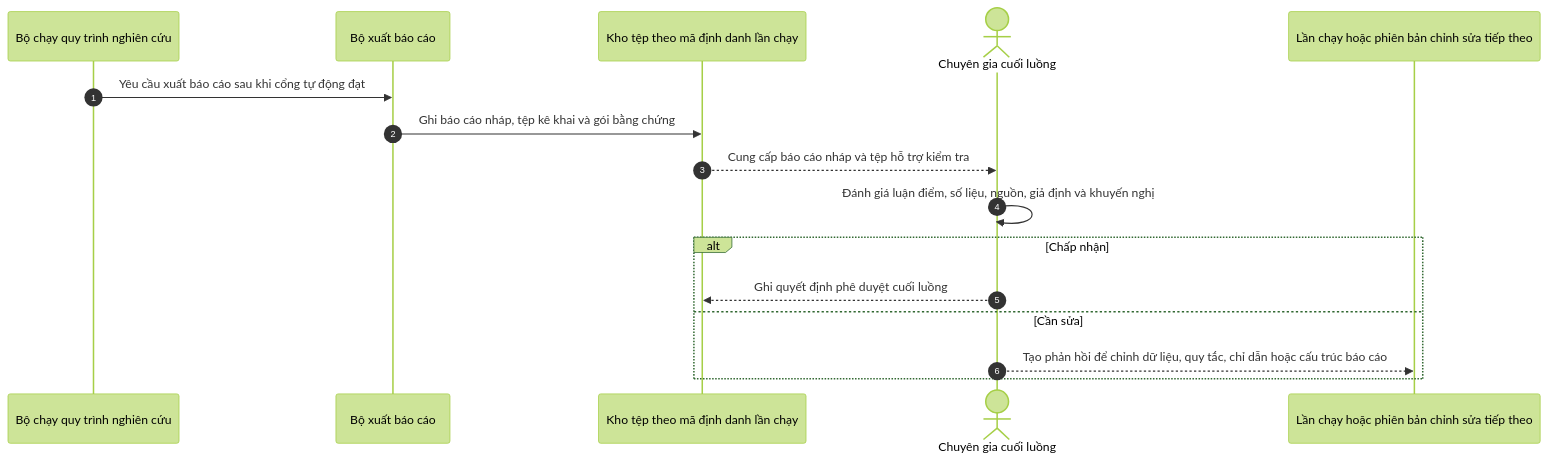
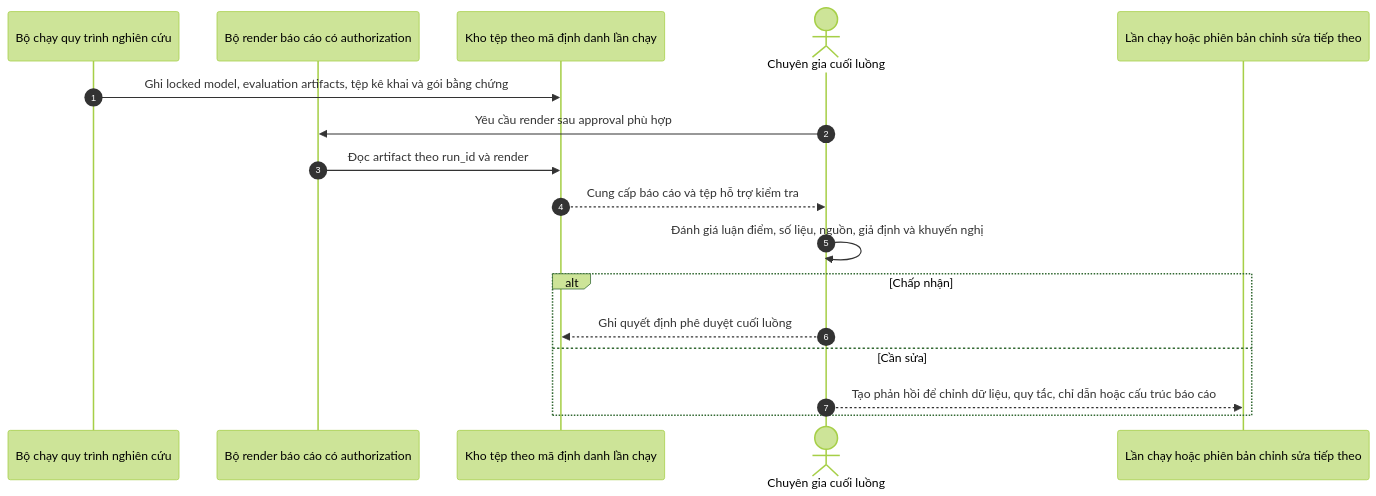
One commit to haubelerche/equity-research-system changed the sixth of 6 diagrams in docs/ARCHITECTURE.md. Above: the diagram before and after it, drawn with Mermaid (forest theme). The commit also changed other lines of this file and 178 other files, not shown here.

````diff
--- a/docs/ARCHITECTURE.md
+++ b/docs/ARCHITECTURE.md
@@ -332,19 +328,20 @@
 ```mermaid
 sequenceDiagram
     autonumber
     participant R as Bộ chạy quy trình nghiên cứu
-    participant P as Bộ xuất báo cáo
+    participant P as Bộ render báo cáo có authorization
     participant S as Kho tệp theo mã định danh lần chạy
     actor H as Chuyên gia cuối luồng
     participant N as Lần chạy hoặc phiên bản chỉnh sửa tiếp theo
 
-    R->>P: Yêu cầu xuất báo cáo sau khi cổng tự động đạt
-    P->>S: Ghi báo cáo nháp, tệp kê khai và gói bằng chứng
-    S-->>H: Cung cấp báo cáo nháp và tệp hỗ trợ kiểm tra
+    R->>S: Ghi locked model, evaluation artifacts, tệp kê khai và gói bằng chứng
+    H->>P: Yêu cầu render sau approval phù hợp
+    P->>S: Đọc artifact theo run_id và render
+    S-->>H: Cung cấp báo cáo và tệp hỗ trợ kiểm tra
     H->>H: Đánh giá luận điểm, số liệu, nguồn, giả định và khuyến nghị
     alt Chấp nhận
         H-->>S: Ghi quyết định phê duyệt cuối luồng
     else Cần sửa
         H-->>N: Tạo phản hồi để chỉnh dữ liệu, quy tắc, chỉ dẫn hoặc cấu trúc báo cáo
     end
 ```
````
